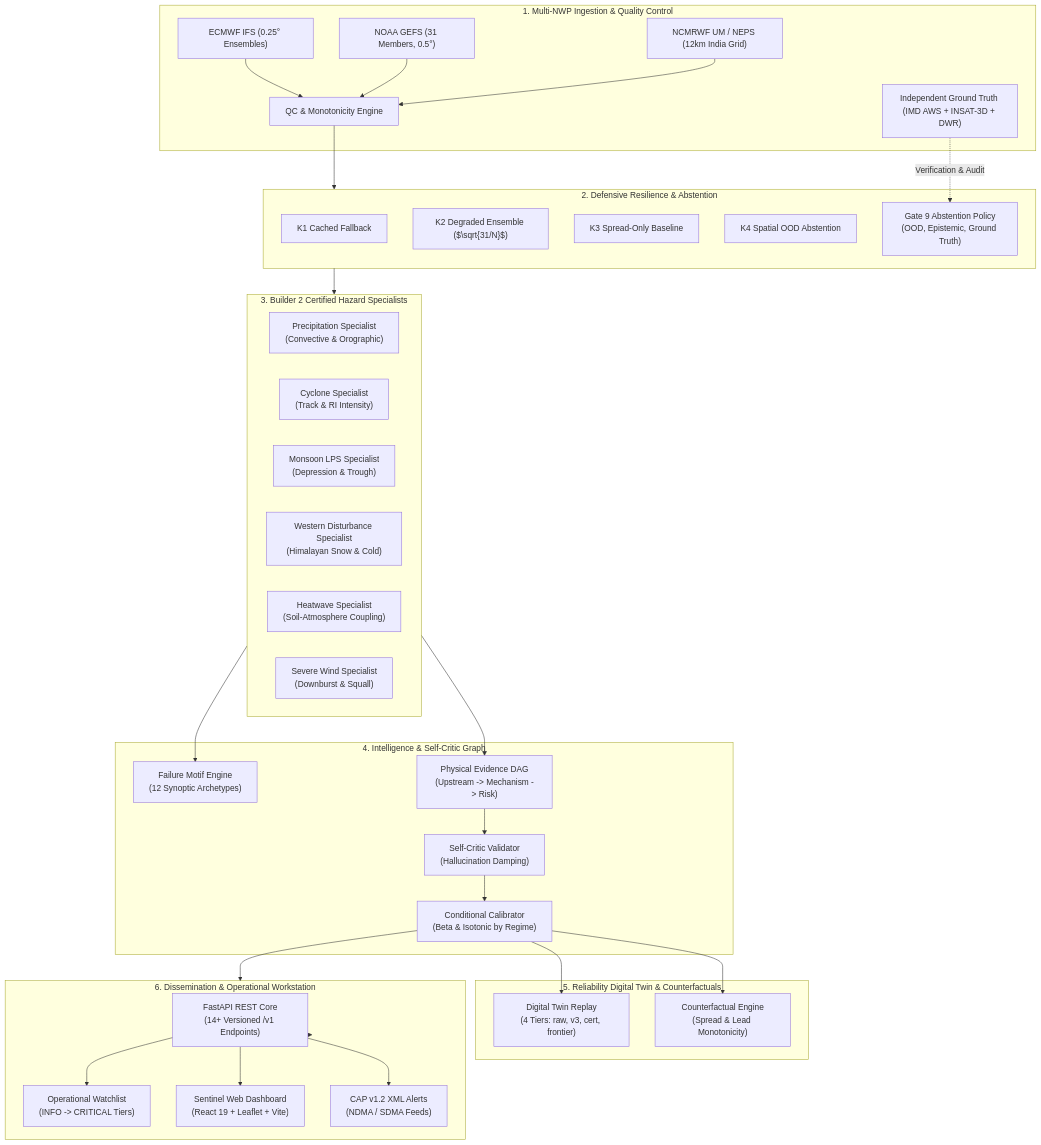
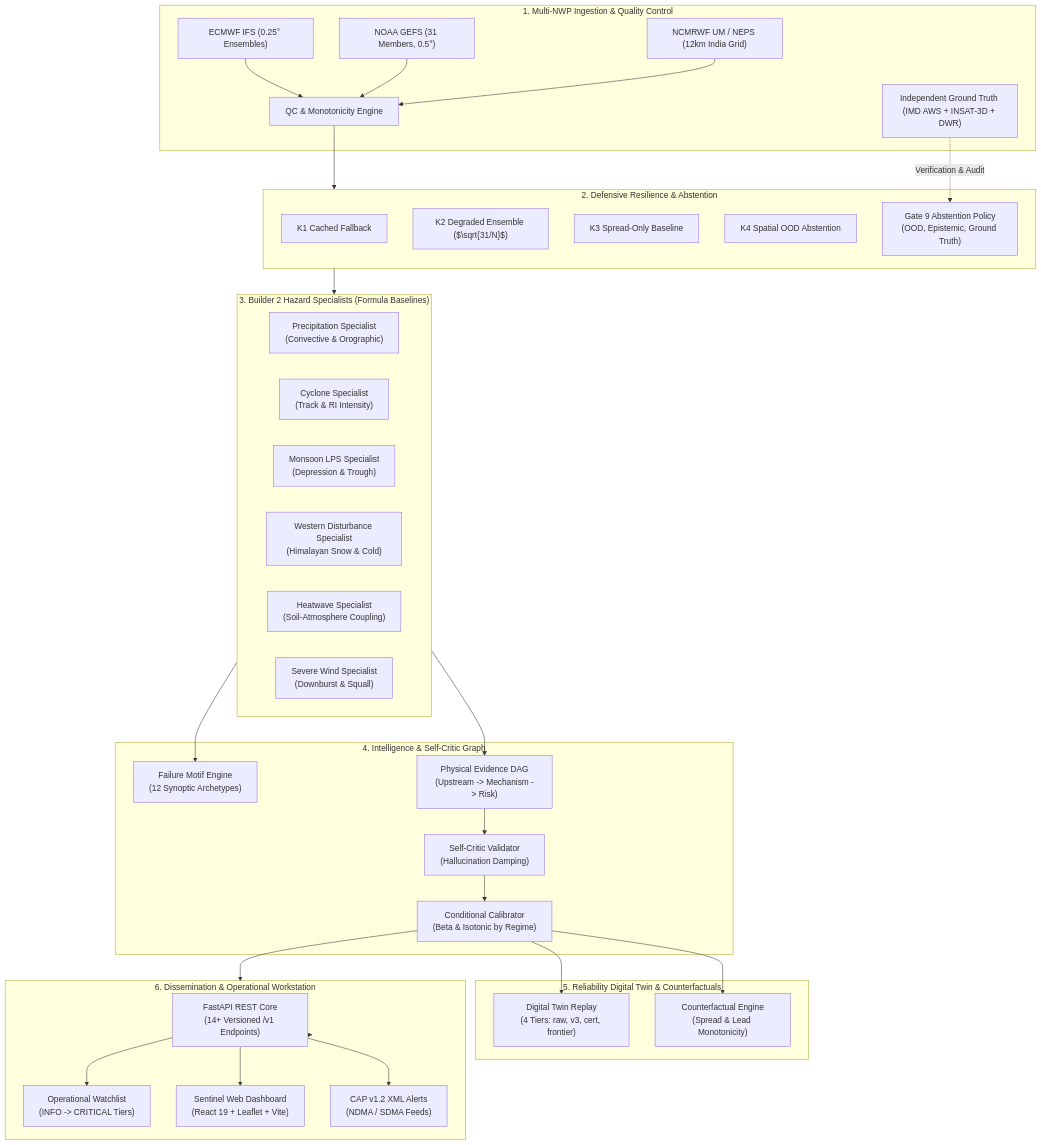
One commit to adishxm/Veyra-Know-When-Forecasts-May-Fail-VERSION-3 changed the first of 2 diagrams in README.md. Above: the diagram before and after it, drawn with Mermaid. The commit also changed other lines of this file and 1 other file, not shown here.

````diff
--- a/README.md
+++ b/README.md
@@ -176,67 +176,67 @@
 ```mermaid
 flowchart TB
     subgraph Ingestion ["1. Multi-NWP Ingestion & Quality Control"]
         ECMWF["ECMWF IFS (0.25° Ensembles)"]
         NOAA["NOAA GEFS (31 Members, 0.5°)"]
         NCMRWF["NCMRWF UM / NEPS (12km India Grid)"]
         TRUTH["Independent Ground Truth (IMD AWS + INSAT-3D + DWR)"]
         QC["QC & Monotonicity Engine"]
     end
 
     subgraph Defense ["2. Defensive Resilience & Abstention"]
         K1["K1 Cached Fallback"]
         K2["K2 Degraded Ensemble ($\sqrt{31/N}$)"]
         K3["K3 Spread-Only Baseline"]
         K4["K4 Spatial OOD Abstention"]
         G9["Gate 9 Abstention Policy<br/>(OOD, Epistemic, Ground Truth)"]
     end
 
-    subgraph Specialists ["3. Builder 2 Certified Hazard Specialists"]
+    subgraph Specialists ["3. Builder 2 Hazard Specialists (Formula Baselines)"]
         P_SPEC["Precipitation Specialist<br/>(Convective & Orographic)"]
         C_SPEC["Cyclone Specialist<br/>(Track & RI Intensity)"]
         M_SPEC["Monsoon LPS Specialist<br/>(Depression & Trough)"]
         W_SPEC["Western Disturbance Specialist<br/>(Himalayan Snow & Cold)"]
         H_SPEC["Heatwave Specialist<br/>(Soil-Atmosphere Coupling)"]
         S_SPEC["Severe Wind Specialist<br/>(Downburst & Squall)"]
     end
 
     subgraph Intelligence ["4. Intelligence & Self-Critic Graph"]
         MOTIF["Failure Motif Engine<br/>(12 Synoptic Archetypes)"]
         EVID["Physical Evidence DAG<br/>(Upstream -> Mechanism -> Risk)"]
         CRITIC["Self-Critic Validator<br/>(Hallucination Damping)"]
         CALIB["Conditional Calibrator<br/>(Beta & Isotonic by Regime)"]
     end
 
     subgraph Twin ["5. Reliability Digital Twin & Counterfactuals"]
         TWIN["Digital Twin Replay<br/>(4 Tiers: raw, v3, cert, frontier)"]
         CF["Counterfactual Engine<br/>(Spread & Lead Monotonicity)"]
     end
 
     subgraph Operations ["6. Dissemination & Operational Workstation"]
         API["FastAPI REST Core<br/>(14+ Versioned /v1 Endpoints)"]
         WATCH["Operational Watchlist<br/>(INFO -> CRITICAL Tiers)"]
         DASH["Sentinel Web Dashboard<br/>(React 19 + Leaflet + Vite)"]
         CAP["CAP v1.2 XML Alerts<br/>(NDMA / SDMA Feeds)"]
     end
 
     ECMWF --> QC
     NOAA --> QC
     NCMRWF --> QC
     TRUTH -.->|Verification & Audit| G9
     QC --> Defense
     Defense --> Specialists
 
     Specialists --> MOTIF
     Specialists --> EVID
     EVID --> CRITIC
     CRITIC --> CALIB
 
     CALIB --> TWIN
     CALIB --> CF
     CALIB --> Operations
 
     Operations --> API
     API --> WATCH
     API --> DASH
     API --> CAP
 ```
````
